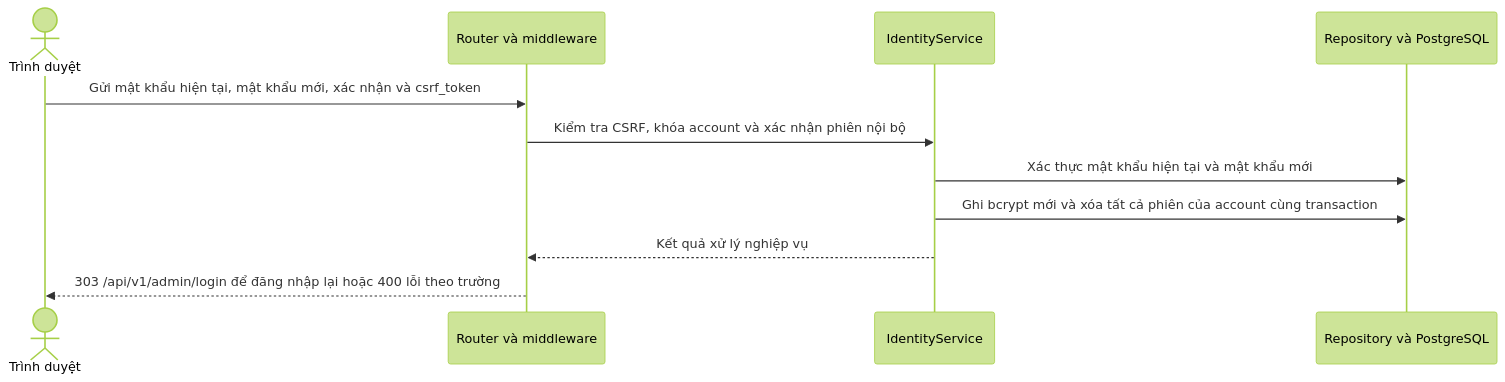
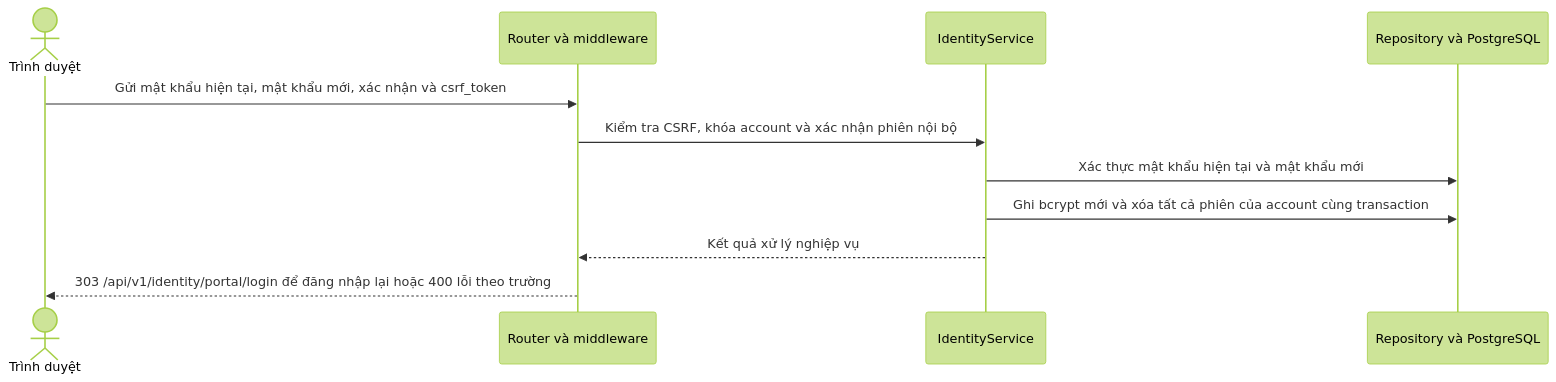
Before and after one commit to thanhklt/sobie-swimwear-e-commerce: the diagram in docs/sequence/identity/post-admin-password.md, drawn with Mermaid (forest theme). The commit also changed 72 other files, not shown here.

````diff
--- a/docs/sequence/identity/post-admin-password.md
+++ b/docs/sequence/identity/post-admin-password.md
@@ -5,13 +5,13 @@
 ```mermaid
 sequenceDiagram
     actor Browser as Trình duyệt
     participant Route as Router và middleware
     participant Service as IdentityService
     participant Data as Repository và PostgreSQL
     Browser->>Route: Gửi mật khẩu hiện tại, mật khẩu mới, xác nhận và csrf_token
     Route->>Service: Kiểm tra CSRF, khóa account và xác nhận phiên nội bộ
     Service->>Data: Xác thực mật khẩu hiện tại và mật khẩu mới
     Service->>Data: Ghi bcrypt mới và xóa tất cả phiên của account cùng transaction
     Service-->>Route: Kết quả xử lý nghiệp vụ
-    Route-->>Browser: 303 /api/v1/admin/login để đăng nhập lại hoặc 400 lỗi theo trường
+    Route-->>Browser: 303 /api/v1/identity/portal/login để đăng nhập lại hoặc 400 lỗi theo trường
 ```
````
